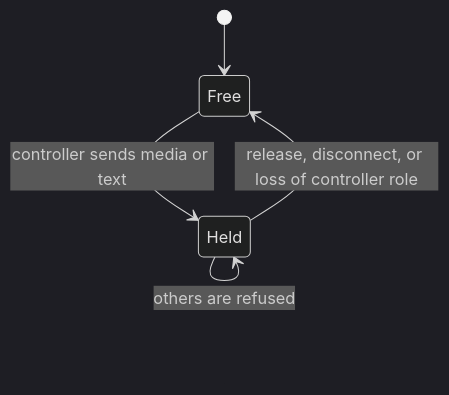
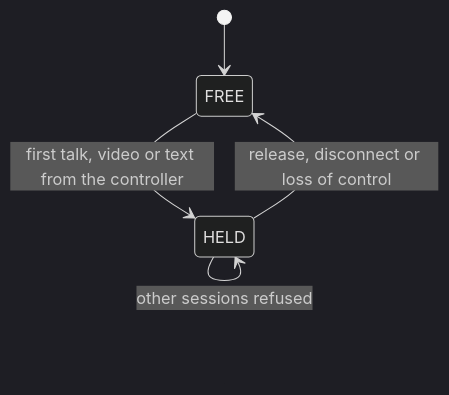
One commit to baiust999/robort-code-from-pi changed the tenth of 12 diagrams in research paper/section3_methodology.md. Above: the diagram before and after it, drawn with Mermaid (dark theme). The commit also changed other lines of this file and 2 other files, not shown here.

````diff
--- a/research paper/section3_methodology.md
+++ b/research paper/section3_methodology.md
@@ -481,7 +316,7 @@
 ```mermaid
 stateDiagram-v2
-  [*] --> Free
-  Free --> Held: controller sends media or text
-  Held --> Held: others are refused
-  Held --> Free: release, disconnect, or loss of controller role
+  [*] --> FREE
+  FREE --> HELD: first talk, video or text from the controller
+  HELD --> FREE: release, disconnect or loss of control
+  HELD --> HELD: other sessions refused
 ```
````
